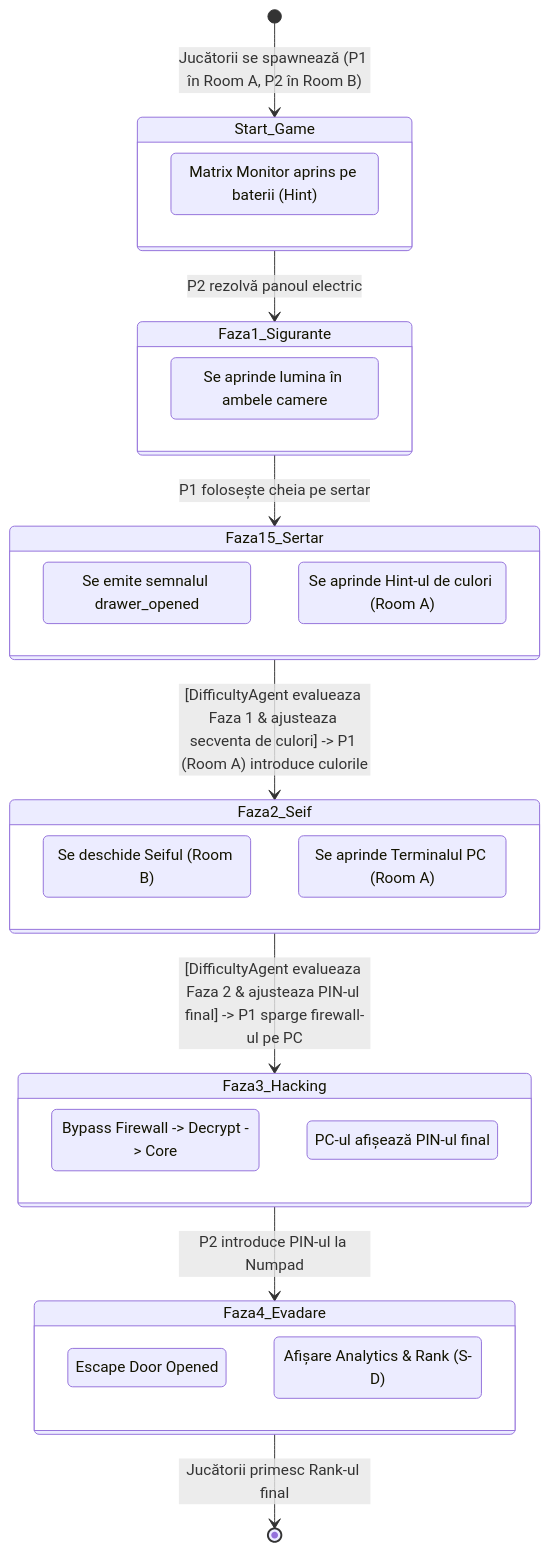
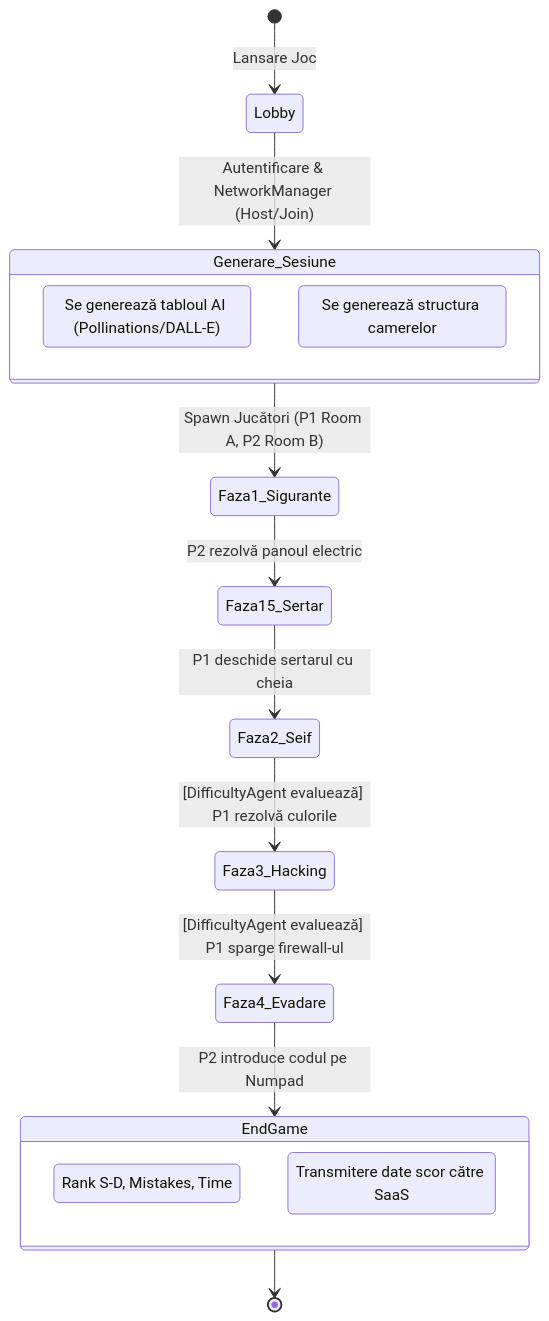
The second of 8 diagrams in diagrame_arhitectura.md (neica200/Echo-Chamber-Coop), drawn with Mermaid before and after one commit. The commit also changed other lines of this file and 1 other file, not shown here.

Commit message:
update diagrams

````diff
--- a/diagrame_arhitectura.md
+++ b/diagrame_arhitectura.md
@@ -119,44 +83,24 @@
 ```mermaid
 stateDiagram-v2
-    [*] --> Start_Game : Jucătorii se spawnează (P1 în Room A, P2 în Room B)
+    [*] --> Lobby : Lansare Joc
+    Lobby --> Generare_Sesiune : Autentificare & NetworkManager (Host/Join)
     
-    state Start_Game {
-        MatrixMonitor_Hint : Matrix Monitor aprins pe baterii (Hint)
+    state Generare_Sesiune {
+        PaintingAI_Request : Se generează tabloul AI (Pollinations/DALL-E)
+        Procedural_Gen : Se generează structura camerelor
     }
     
-    Start_Game --> Faza1_Sigurante : P2 rezolvă panoul electric
+    Generare_Sesiune --> Faza1_Sigurante : Spawn Jucători (P1 Room A, P2 Room B)
     
-    state Faza1_Sigurante {
-        Lumina_ON : Se aprinde lumina în ambele camere
+    Faza1_Sigurante --> Faza15_Sertar : P2 rezolvă panoul electric
+    Faza15_Sertar --> Faza2_Seif : P1 deschide sertarul cu cheia
+    Faza2_Seif --> Faza3_Hacking : [DifficultyAgent evaluează] P1 rezolvă culorile
+    Faza3_Hacking --> Faza4_Evadare : [DifficultyAgent evaluează] P1 sparge firewall-ul
+    Faza4_Evadare --> EndGame : P2 introduce codul pe Numpad
+    
+    state EndGame {
+        Afisare_Statistici : Rank S-D, Mistakes, Time
+        Salvare_Backend : Transmitere date scor către SaaS
     }
-    
-    Faza1_Sigurante --> Faza15_Sertar : P1 folosește cheia pe sertar
-    
-    state Faza15_Sertar {
-        Sertar_Deschis : Se emite semnalul drawer_opened
-        Panou_Culori_Aprins : Se aprinde Hint-ul de culori (Room A)
-    }
-    
-    Faza15_Sertar --> Faza2_Seif : [DifficultyAgent evalueaza Faza 1 & ajusteaza secventa de culori] -> P1 (Room A) introduce culorile
-    
-    state Faza2_Seif {
-        Seif_Deschis : Se deschide Seiful (Room B)
-        Terminal_ON : Se aprinde Terminalul PC (Room A)
-    }
-    
-    Faza2_Seif --> Faza3_Hacking : [DifficultyAgent evalueaza Faza 2 & ajusteaza PIN-ul final] -> P1 sparge firewall-ul pe PC
-    
-    state Faza3_Hacking {
-        Terminal_Hacked : Bypass Firewall -> Decrypt -> Core
-        PIN_Afisat : PC-ul afișează PIN-ul final
-    }
-    
-    Faza3_Hacking --> Faza4_Evadare : P2 introduce PIN-ul la Numpad
-    
-    state Faza4_Evadare {
-        Usa_Deschisa : Escape Door Opened
-        EndGame_Screen : Afișare Analytics & Rank (S-D)
-    }
-    
-    Faza4_Evadare --> [*] : Jucătorii primesc Rank-ul final
+    EndGame --> [*]
 ```
````
